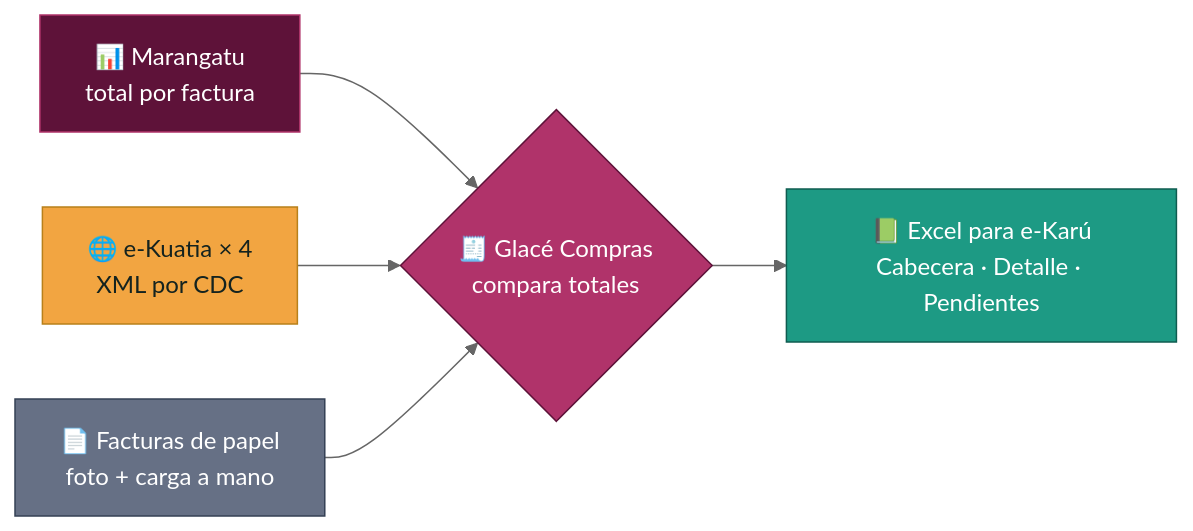
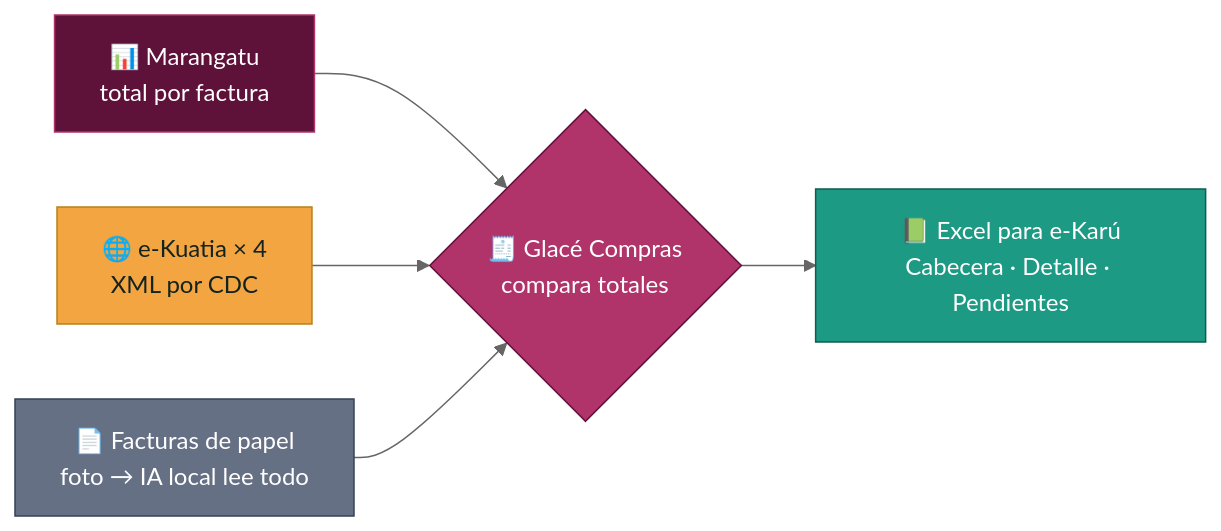
Before and after one commit to alvaroliuzzi-bot/glace-compras: the diagram in README.md, drawn with Mermaid (neutral theme). The commit also changed other lines of this file and 5 other files, not shown here.

First line of the commit message:
IA local para facturas de papel: subir la foto y la IA registra todo

````diff
--- a/README.md
+++ b/README.md
@@ -19,12 +19,12 @@
 ```mermaid
 flowchart LR
     M["📊 Marangatu<br/>total por factura"]:::plum --> APP
     K["🌐 e-Kuatia × 4<br/>XML por CDC"]:::gold --> APP
-    F["📄 Facturas de papel<br/>foto + carga a mano"]:::grey --> APP
+    F["📄 Facturas de papel<br/>foto → IA local lee todo"]:::grey --> APP
     APP{"🧾 Glacé Compras<br/>compara totales"}:::pink --> X["📗 Excel para e-Karú<br/>Cabecera · Detalle · Pendientes"]:::teal
     classDef plum fill:#5E1239,stroke:#B0336A,color:#fff
     classDef gold fill:#F2A541,stroke:#B8801A,color:#14231F
     classDef grey fill:#667085,stroke:#344054,color:#fff
     classDef pink fill:#B0336A,stroke:#5E1239,color:#fff
     classDef teal fill:#1D9A84,stroke:#0F5C50,color:#fff
 ```
````
